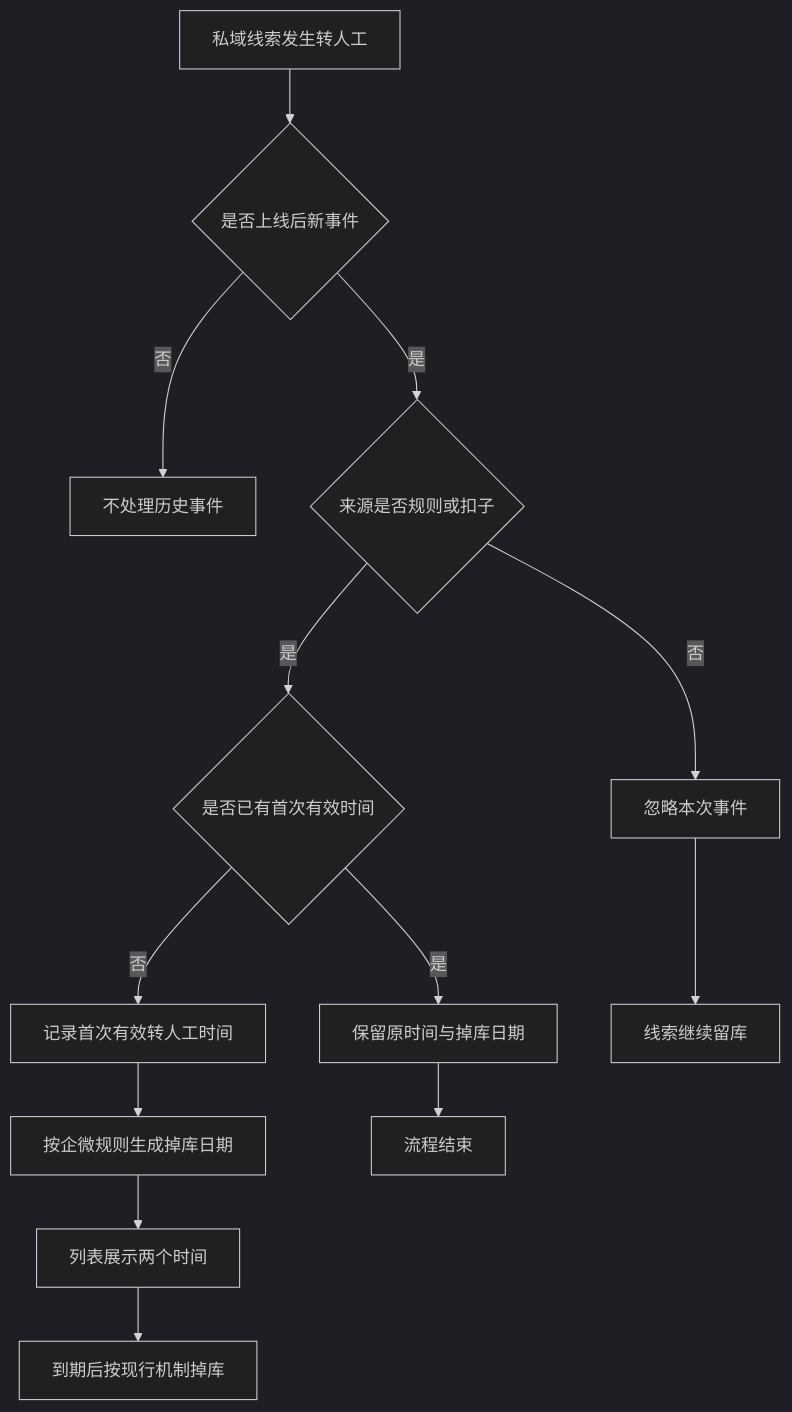
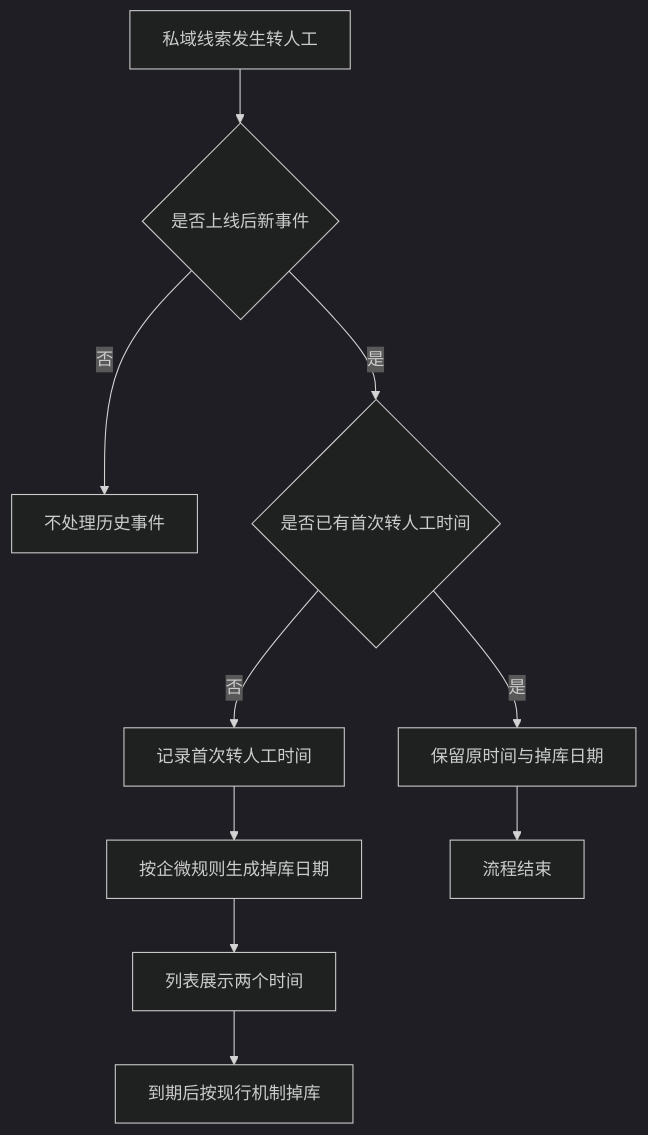
One commit to Leo-ai05/prototypes changed the diagram in 私域线索企业微信掉库逻辑调整/PRD-私域线索企业微信掉库逻辑调整.md. Above: the diagram before and after it, drawn with Mermaid (dark theme). The commit also changed other lines of this file and 7 other files, not shown here.

````diff
--- a/私域线索企业微信掉库逻辑调整/PRD-私域线索企业微信掉库逻辑调整.md
+++ b/私域线索企业微信掉库逻辑调整/PRD-私域线索企业微信掉库逻辑调整.md
@@ -38,15 +38,12 @@
 ```mermaid
 flowchart TD
     A[私域线索发生转人工] --> B{是否上线后新事件}
     B -->|否| C[不处理历史事件]
-    B -->|是| D{来源是否规则或扣子}
-    D -->|否| E[忽略本次事件]
-    D -->|是| F{是否已有首次有效时间}
-    F -->|是| G[保留原时间与掉库日期]
-    F -->|否| H[记录首次有效转人工时间]
-    H --> I[按企微规则生成掉库日期]
-    I --> J[列表展示两个时间]
-    E --> K1[线索继续留库]
-    G --> K2[流程结束]
-    J --> K3[到期后按现行机制掉库]
+    B -->|是| D{是否已有首次转人工时间}
+    D -->|是| E[保留原时间与掉库日期]
+    D -->|否| F[记录首次转人工时间]
+    F --> G[按企微规则生成掉库日期]
+    G --> H[列表展示两个时间]
+    E --> I1[流程结束]
+    H --> I2[到期后按现行机制掉库]
 ```
````
